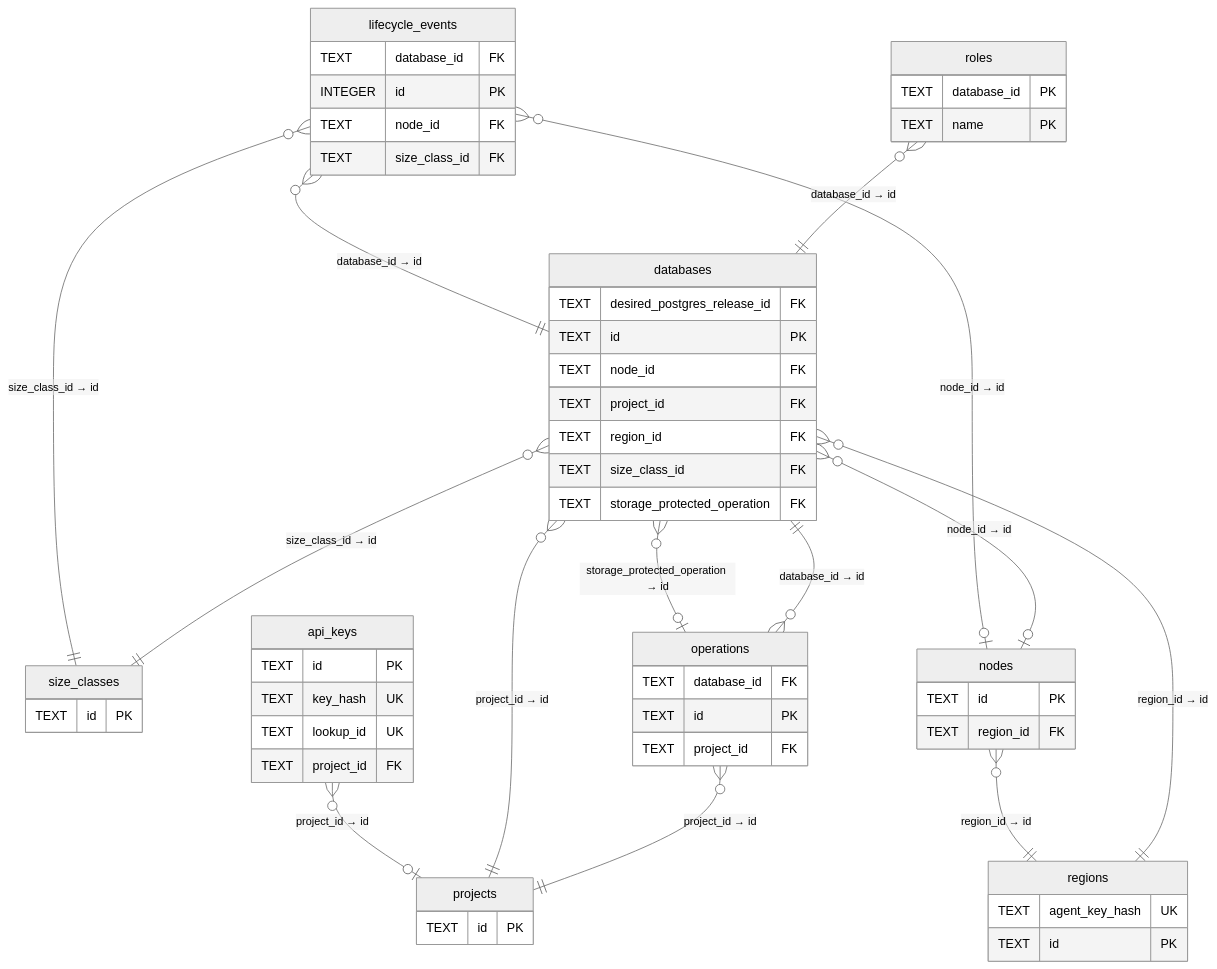
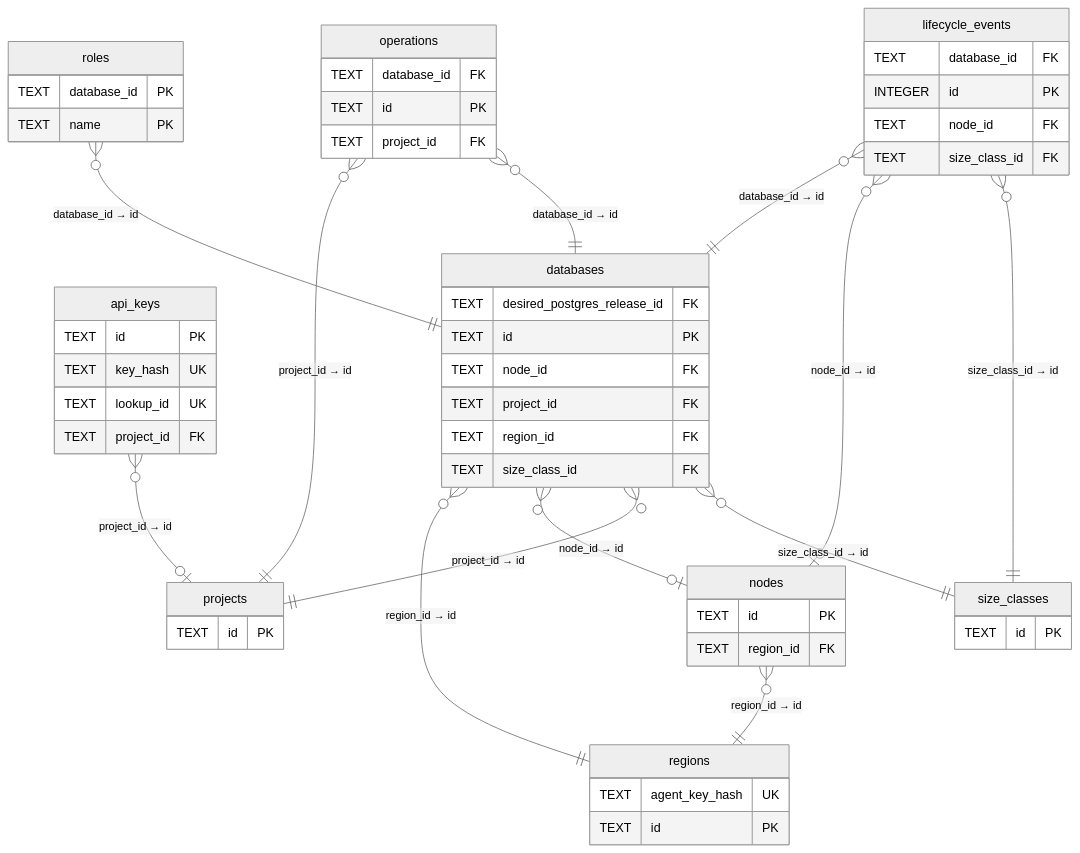
One commit to amerged-org/cloudflare-postgres changed the diagram in docs/architecture/mermaider/d1-core.mmd. Above: the diagram before and after it, drawn with Mermaid (neutral theme). The commit also changed 26 other files, not shown here.

```diff
--- a/docs/architecture/mermaider/d1-core.mmd
+++ b/docs/architecture/mermaider/d1-core.mmd
@@ -1,58 +1,56 @@
 erDiagram
     n_62201d615e26["regions"] {
         TEXT agent_key_hash UK
         TEXT id PK
     }
     n_1f9b9d5b8614["roles"] {
         TEXT database_id PK
         TEXT name PK
     }
     n_58f669cf5603["size_classes"] {
         TEXT id PK
     }
     n_1b1cae9180e6["operations"] {
         TEXT database_id FK
         TEXT id PK
         TEXT project_id FK
     }
     n_bed86ed15f2a["api_keys"] {
         TEXT id PK
         TEXT key_hash UK
         TEXT lookup_id UK
         TEXT project_id FK
     }
     n_c801169360a4["lifecycle_events"] {
         TEXT database_id FK
         INTEGER id PK
         TEXT node_id FK
         TEXT size_class_id FK
     }
     n_d767846eb139["nodes"] {
         TEXT id PK
         TEXT region_id FK
     }
     n_2bf2587cd333["projects"] {
         TEXT id PK
     }
     n_c9267dd990d0["databases"] {
         TEXT desired_postgres_release_id FK
         TEXT id PK
         TEXT node_id FK
         TEXT project_id FK
         TEXT region_id FK
         TEXT size_class_id FK
-        TEXT storage_protected_operation FK
     }
     n_bed86ed15f2a }o--|o n_2bf2587cd333 : "project_id → id"
     n_1b1cae9180e6 }o--|| n_c9267dd990d0 : "database_id → id"
     n_c801169360a4 }o--|| n_58f669cf5603 : "size_class_id → id"
     n_c801169360a4 }o--|o n_d767846eb139 : "node_id → id"
     n_c9267dd990d0 }o--|| n_58f669cf5603 : "size_class_id → id"
-    n_c9267dd990d0 }o--|o n_1b1cae9180e6 : "storage_protected_operation → id"
     n_c801169360a4 }o--|| n_c9267dd990d0 : "database_id → id"
     n_d767846eb139 }o--|| n_62201d615e26 : "region_id → id"
     n_c9267dd990d0 }o--|| n_2bf2587cd333 : "project_id → id"
     n_1f9b9d5b8614 }o--|| n_c9267dd990d0 : "database_id → id"
     n_1b1cae9180e6 }o--|| n_2bf2587cd333 : "project_id → id"
     n_c9267dd990d0 }o--|o n_d767846eb139 : "node_id → id"
     n_c9267dd990d0 }o--|| n_62201d615e26 : "region_id → id"
```
